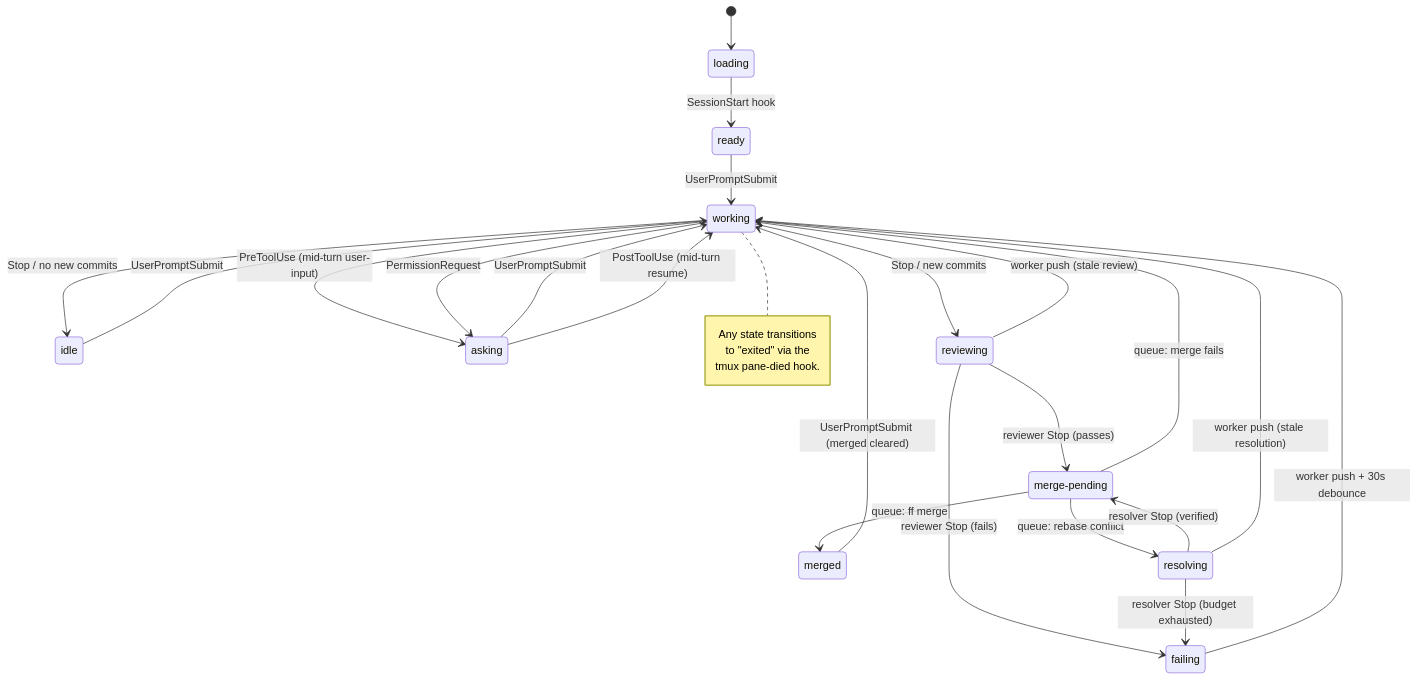
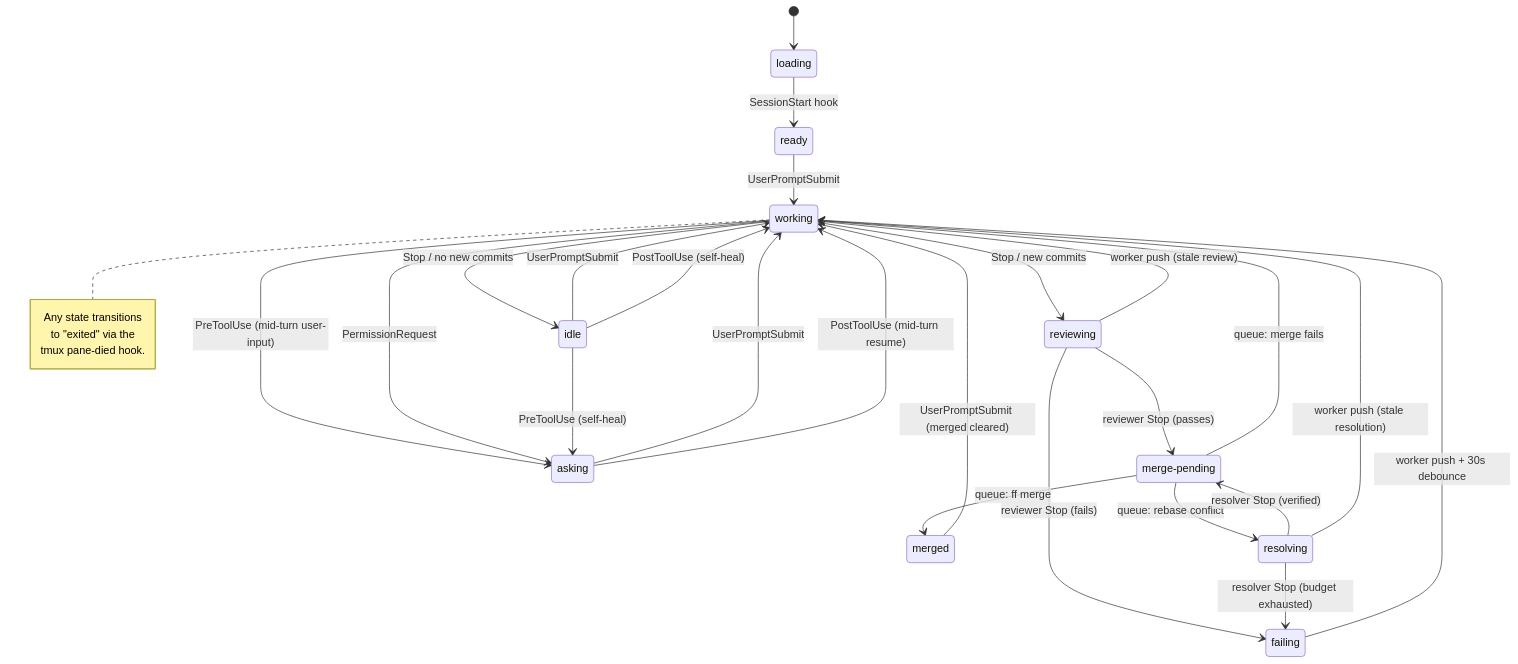
One commit to keychanger/garden changed the first of 4 diagrams in src/dashboard/STATUS.md. Above: the diagram before and after it, drawn with Mermaid. The commit also changed other lines of this file and 2 other files, not shown here.

````diff
--- a/src/dashboard/STATUS.md
+++ b/src/dashboard/STATUS.md
@@ -58,40 +58,42 @@
 ```mermaid
 stateDiagram-v2
     [*] --> loading
     loading --> ready : SessionStart hook
     ready --> working : UserPromptSubmit
 
     working --> idle : Stop / no new commits
     working --> asking : PreToolUse (mid-turn user-input)
     working --> asking : PermissionRequest
     working --> reviewing : Stop / new commits
 
     idle --> working : UserPromptSubmit
+    idle --> working : PostToolUse (self-heal)
+    idle --> asking : PreToolUse (self-heal)
 
     asking --> working : UserPromptSubmit
     asking --> working : PostToolUse (mid-turn resume)
 
     reviewing --> merge_pending : reviewer Stop (passes)
     reviewing --> failing : reviewer Stop (fails)
     reviewing --> working : worker push (stale review)
 
     merge_pending --> merged : queue: ff merge
     merge_pending --> resolving : queue: rebase conflict
     merge_pending --> working : queue: merge fails
 
     resolving --> merge_pending : resolver Stop (verified)
     resolving --> failing : resolver Stop (budget exhausted)
     resolving --> working : worker push (stale resolution)
 
     merged --> working : UserPromptSubmit (merged cleared)
 
     failing --> working : worker push + 30s debounce
 
     state "merge-pending" as merge_pending
 
     note right of working
         Any state transitions
         to "exited" via the
         tmux pane-died hook.
     end note
 ```
````
